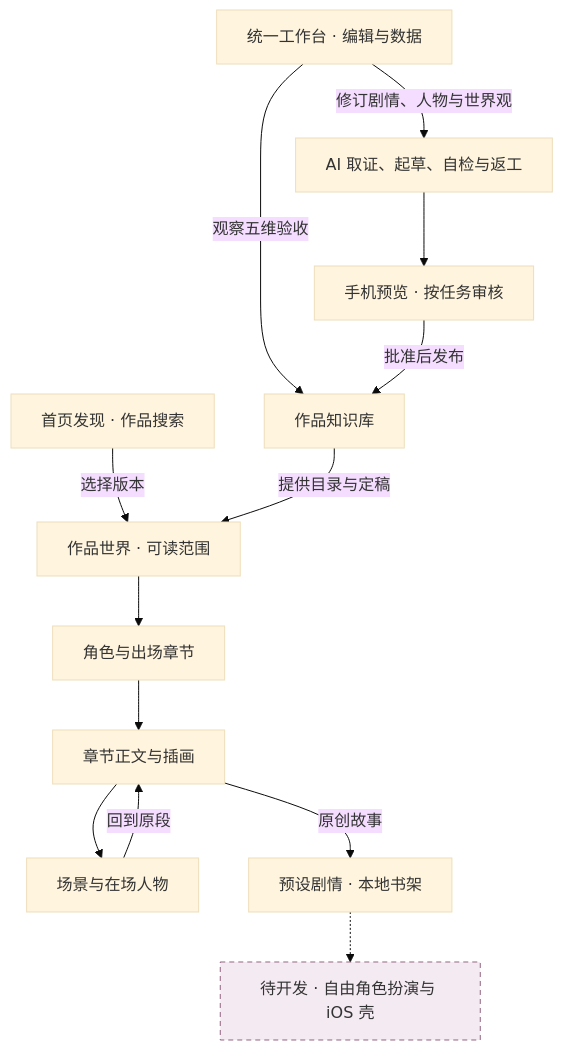
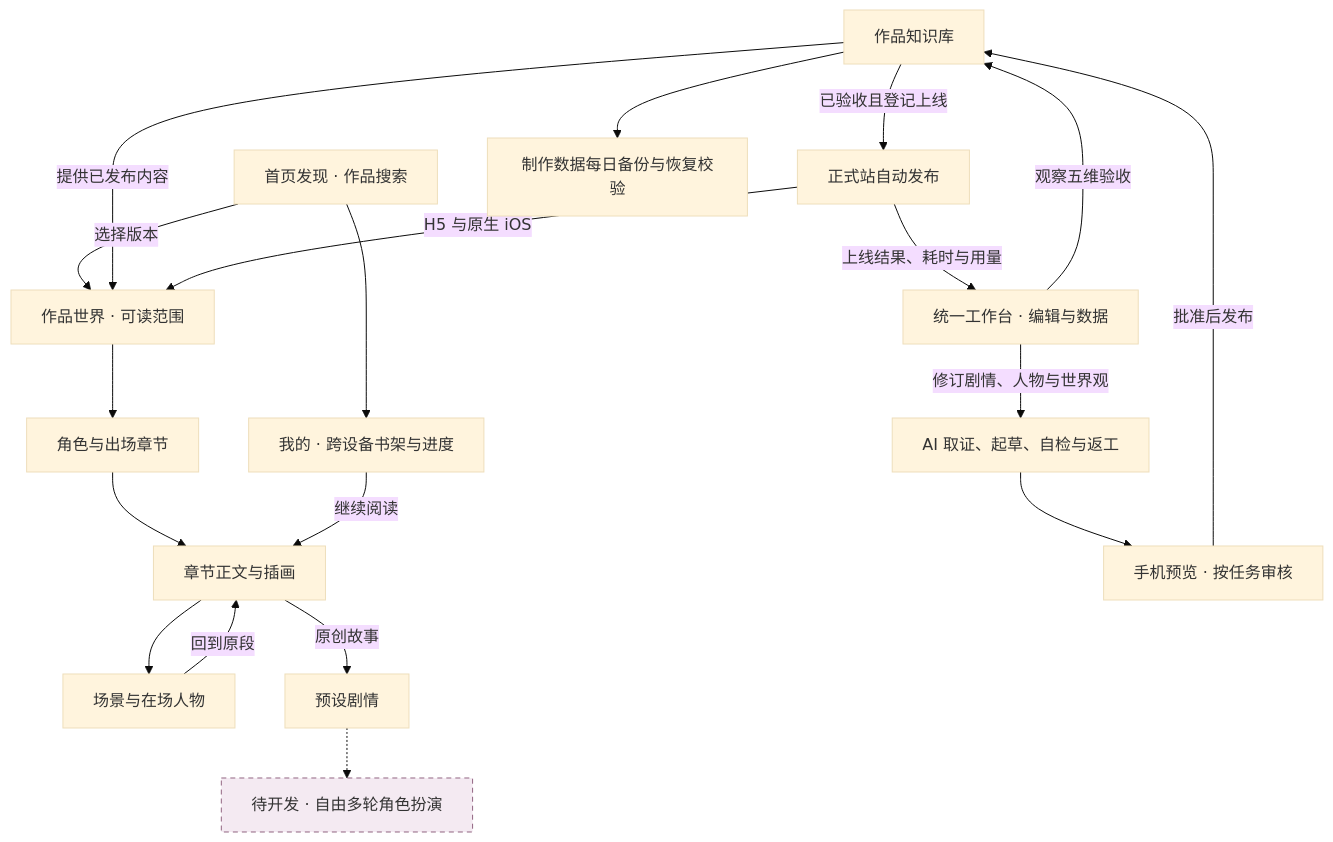
Before and after one commit to bluedao10000/player: the diagram in docs/diagrams/product.mmd, drawn with Mermaid (base theme). The commit also changed 22 other files, not shown here.

```diff
--- a/docs/diagrams/product.mmd
+++ b/docs/diagrams/product.mmd
@@ -1,26 +1,35 @@
 flowchart TB
     discovery["首页发现 · 作品搜索"] -->|选择版本| world["作品世界 · 可读范围"]
     world --> cast["角色与出场章节"]
     cast --> chapter["章节正文与插画"]
     chapter --> scene["场景与在场人物"]
     scene -->|回到原段| chapter
-    chapter -->|原创故事| play["预设剧情 · 本地书架"]
-    play -.-> future["待开发 · 自由角色扮演与 iOS 壳"]
-    catalog["作品知识库"] -->|提供目录与定稿| world
+    chapter -->|原创故事| play["预设剧情"]
+    play -.-> future["待开发 · 自由多轮角色扮演"]
+    catalog["作品知识库"] -->|提供已发布内容| world
     desk["统一工作台 · 编辑与数据"] -->|观察五维验收| catalog
     desk -->|修订剧情、人物与世界观| edit["AI 取证、起草、自检与返工"]
     edit --> review["手机预览 · 按任务审核"]
     review -->|批准后发布| catalog
+    discovery --> shelf["我的 · 跨设备书架与进度"]
+    shelf -->|继续阅读| chapter
+    catalog -->|已验收且登记上线| release["正式站自动发布"]
+    release -->|H5 与原生 iOS| world
+    release -->|上线结果、耗时与用量| desk
+    catalog --> safeguard["制作数据每日备份与恢复校验"]
     classDef pending fill:#f4eaf2,stroke:#926581,stroke-dasharray:5 4
     class future pending
 %% discovery | 从首页作品栏或别名搜索确定要读的作品版本。 | apps/web/src/features/post/editorial.tsx
 %% world | 读取作品关系图和当前连续完成的集数。 | apps/api/internal/knowledge/world_api.go
 %% cast | 角色页按作品版本列出人物实际出场的章节。 | apps/web/src/features/worlds/pages.tsx
 %% chapter | 定稿正文保存章节 slug、段落与插图的稳定锚点。 | apps/api/internal/knowledge/acceptance.go
 %% scene | 场景携带 return_to.href，可以回到故事中对应的段落。 | apps/api/internal/knowledge/world_api.go
 %% play | 原创故事有预设行动，进度与收藏保存在浏览器。 | apps/web/src/features/post/roleplay-controls.tsx
-%% future | 自由输入与服务器多轮角色扮演、原生壳仍待实现。 | docs/产品架构.md
+%% future | 预设分支之外的开放多轮剧情仍待实现。 | docs/产品架构.md
 %% catalog | 目录、已清洗身份、作品世界和范围定稿在 PostgreSQL 中分别建模。 | apps/api/internal/knowledge/sql
 %% desk | 工作台通过 Gin 读取来源、取证、试稿与自动验收记录。 | apps/web/src/features/workbench/feed.ts
 %% edit | 数据服务运行编辑任务，Go 校验引用，Pi 独立校对。 | apps/api/internal/knowledge/editor_worker.go
 %% review | 审批校验稿件轮次和定稿基线，事务内更新公开文字。 | apps/api/internal/knowledge/editor.go
+%% shelf | 访客可以保留本机进度，登录后按读者选择同步书架。 | apps/ios/Folio/ReaderAccount.swift
+%% release | 数据工作台区分制作库验收和正式站已验证，两端复用同一份正文与入选图。 | apps/api/cmd/reader-release/send.go
+%% safeguard | 运营可以按最近七份成功快照恢复制作数据，任务状态在备份集群查看。 | deploy/pg-backup/backup.sh
```
